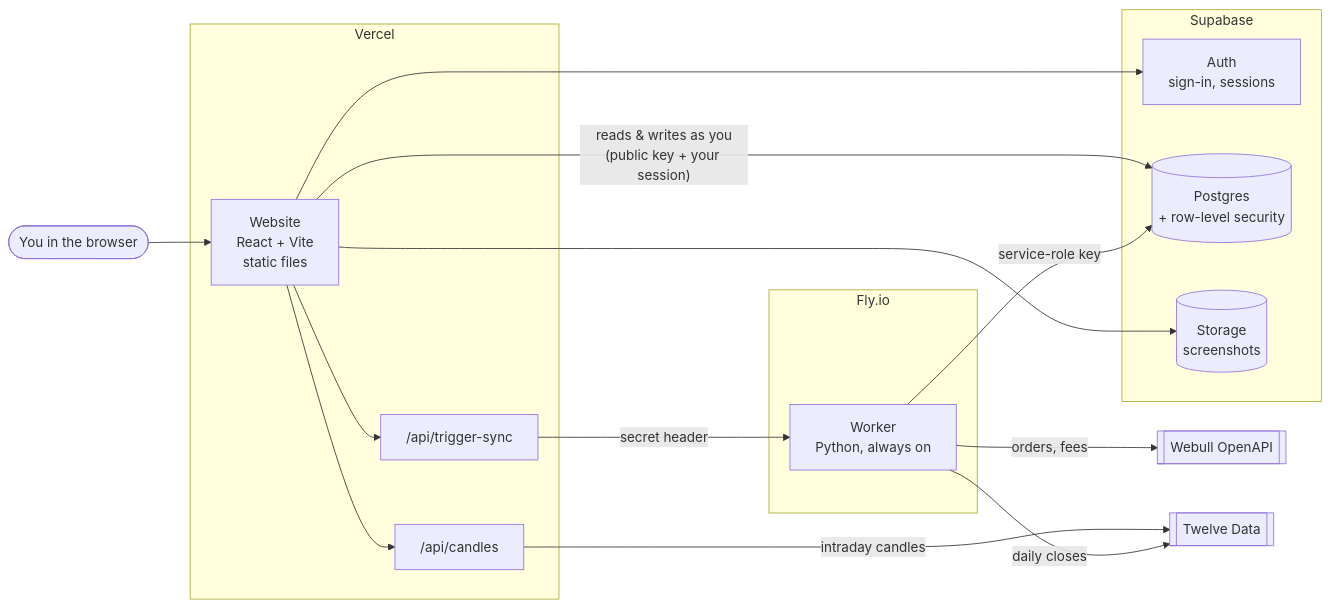
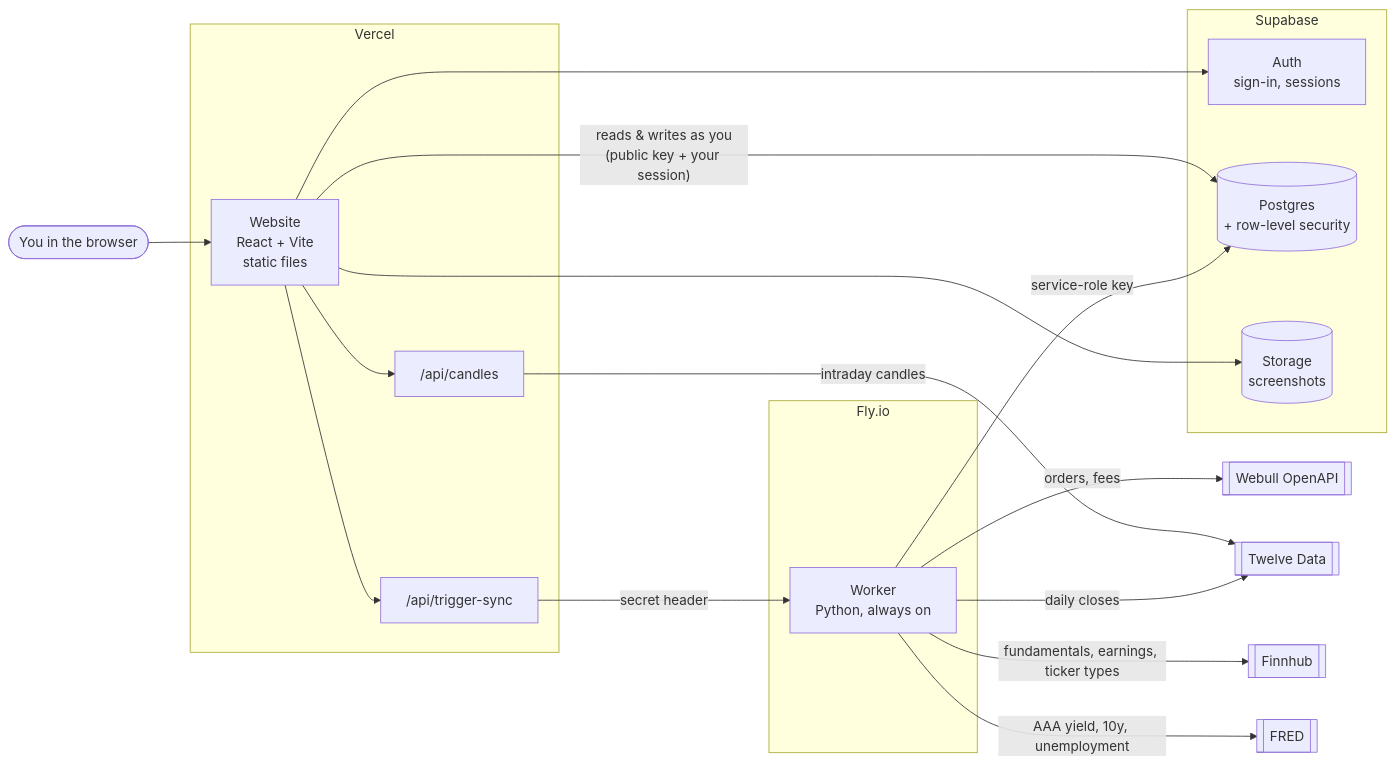
The first of 2 diagrams in docs/ARCHITECTURE.md (northcrosstech/Trading-Journal), drawn with Mermaid before and after one commit. The commit also changed other lines of this file and 7 other files, not shown here.

````diff
--- a/docs/ARCHITECTURE.md
+++ b/docs/ARCHITECTURE.md
@@ -11,33 +11,37 @@
 ```mermaid
 flowchart LR
     U([You in the browser])
 
     subgraph VERCEL [Vercel]
       WEB[Website<br/>React + Vite<br/>static files]
       API1["/api/candles"]
       API2["/api/trigger-sync"]
     end
 
     subgraph SUPA [Supabase]
       AUTH[Auth<br/>sign-in, sessions]
       DB[(Postgres<br/>+ row-level security)]
       ST[(Storage<br/>screenshots)]
     end
 
     subgraph FLY [Fly.io]
       WK[Worker<br/>Python, always on]
     end
 
     WB[[Webull OpenAPI]]
     TD[[Twelve Data]]
+    FH[[Finnhub]]
+    FR[[FRED]]
 
     U --> WEB
     WEB -- "reads & writes as you<br/>(public key + your session)" --> DB
     WEB --> AUTH
     WEB --> ST
     WEB --> API1 -- "intraday candles" --> TD
     WEB --> API2 -- "secret header" --> WK
     WK -- "service-role key" --> DB
     WK -- "orders, fees" --> WB
     WK -- "daily closes" --> TD
+    WK -- "fundamentals, earnings, ticker types" --> FH
+    WK -- "AAA yield, 10y, unemployment" --> FR
 ```
````
